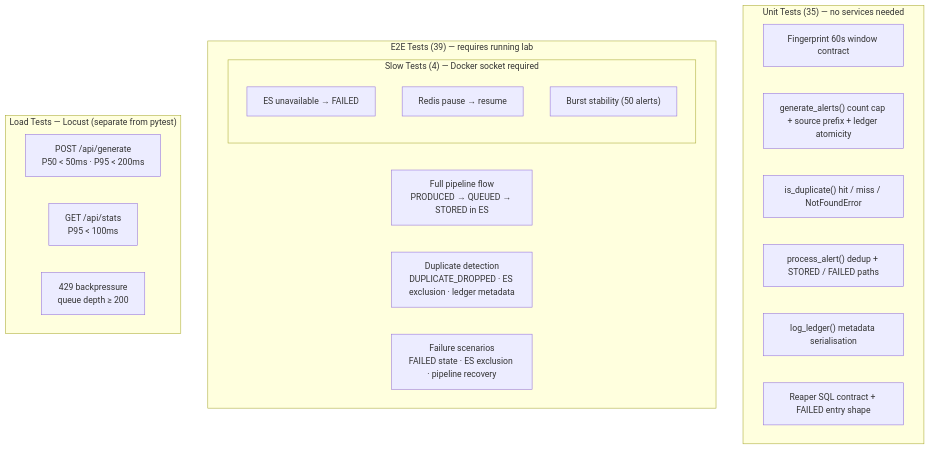
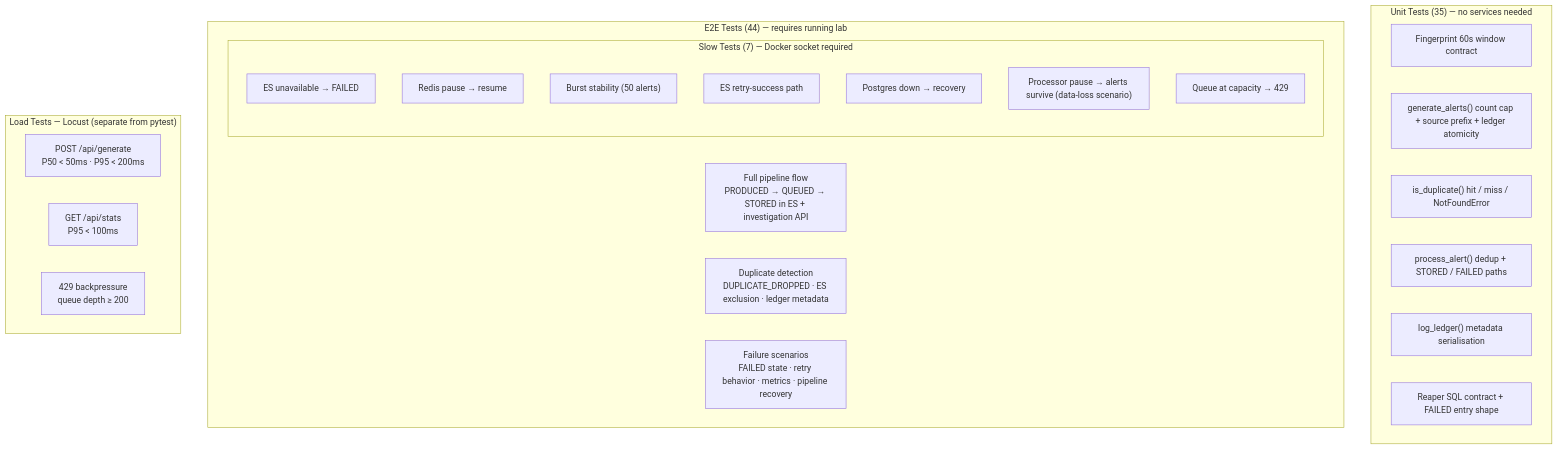
One commit to rahulgoel527/alert-pipeline-validation changed the third of 3 diagrams in README.md. Above: the diagram before and after it, drawn with Mermaid. The commit also changed other lines of this file and 12 other files, not shown here.

````diff
--- a/README.md
+++ b/README.md
@@ -109,28 +109,32 @@
 ```mermaid
 flowchart TD
     subgraph unit["Unit Tests (35) — no services needed"]
         U1["Fingerprint 60s window contract"]
         U2["generate_alerts() count cap + source prefix + ledger atomicity"]
         U3["is_duplicate() hit / miss / NotFoundError"]
         U4["process_alert() dedup + STORED / FAILED paths"]
         U5["log_ledger() metadata serialisation"]
         U6["Reaper SQL contract + FAILED entry shape"]
     end
 
-    subgraph e2e["E2E Tests (39) — requires running lab"]
-        E1["Full pipeline flow\nPRODUCED → QUEUED → STORED in ES"]
+    subgraph e2e["E2E Tests (44) — requires running lab"]
+        E1["Full pipeline flow\nPRODUCED → QUEUED → STORED in ES + investigation API"]
         E2["Duplicate detection\nDUPLICATE_DROPPED · ES exclusion · ledger metadata"]
-        E3["Failure scenarios\nFAILED state · ES exclusion · pipeline recovery"]
-        subgraph slow["Slow Tests (4) — Docker socket required"]
+        E3["Failure scenarios\nFAILED state · retry behavior · metrics · pipeline recovery"]
+        subgraph slow["Slow Tests (7) — Docker socket required"]
             S1["ES unavailable → FAILED"]
             S2["Redis pause → resume"]
             S3["Burst stability (50 alerts)"]
+            S4["ES retry-success path"]
+            S5["Postgres down → recovery"]
+            S6["Processor pause → alerts survive (data-loss scenario)"]
+            S7["Queue at capacity → 429"]
         end
     end
 
     subgraph load["Load Tests — Locust (separate from pytest)"]
         L1["POST /api/generate\nP50 < 50ms · P95 < 200ms"]
         L2["GET /api/stats\nP95 < 100ms"]
         L3["429 backpressure\nqueue depth ≥ 200"]
     end
 ```
````
